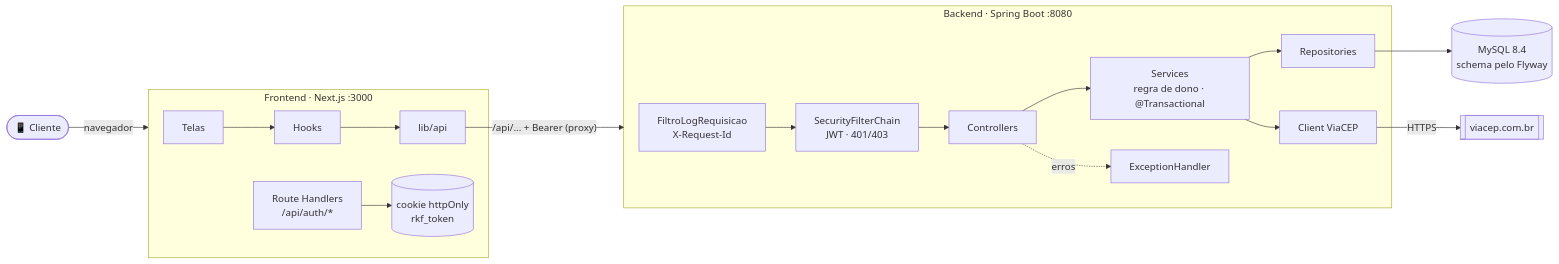
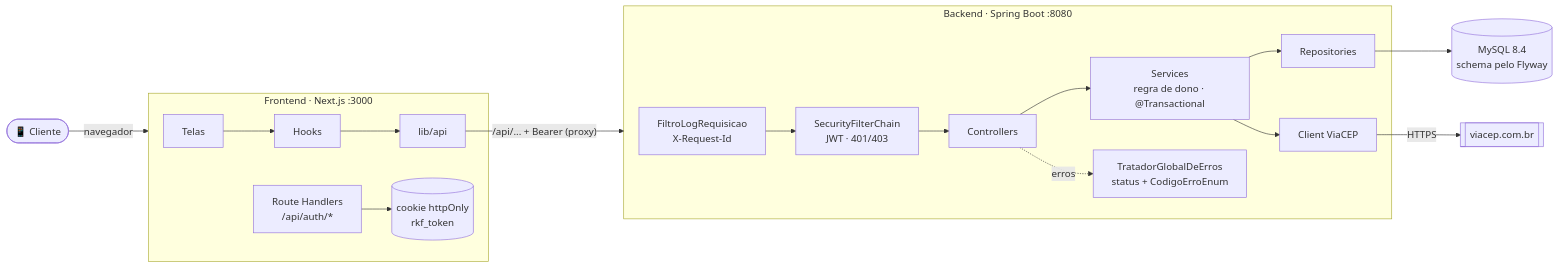
The sixth of 13 diagrams in README.md (k3vinrich4rd/rkf_bank), drawn with Mermaid before and after one commit. The commit also changed other lines of this file and 19 other files, not shown here.

````diff
--- a/README.md
+++ b/README.md
@@ -719,24 +748,24 @@
 ```mermaid
 flowchart LR
     U([📱 Cliente]) -->|navegador| FE
 
     subgraph FE [Frontend · Next.js :3000]
         P[Telas] --> H[Hooks]
         H --> API["lib/api"]
         RH["Route Handlers<br/>/api/auth/*"] --> CK[(cookie httpOnly<br/>rkf_token)]
     end
 
     API -->|"/api/... + Bearer (proxy)"| BE
 
     subgraph BE [Backend · Spring Boot :8080]
         F["FiltroLogRequisicao<br/>X-Request-Id"] --> SEC["SecurityFilterChain<br/>JWT · 401/403"]
         SEC --> C[Controllers]
         C --> S[Services<br/>regra de dono · @Transactional]
         S --> R[Repositories]
         S --> V[Client ViaCEP]
-        C -. erros .-> EH[ExceptionHandler]
+        C -. erros .-> EH[TratadorGlobalDeErros<br/>status + CodigoErroEnum]
     end
 
     R --> DB[(MySQL 8.4<br/>schema pelo Flyway)]
     V -->|HTTPS| VC[[viacep.com.br]]
 ```
````
